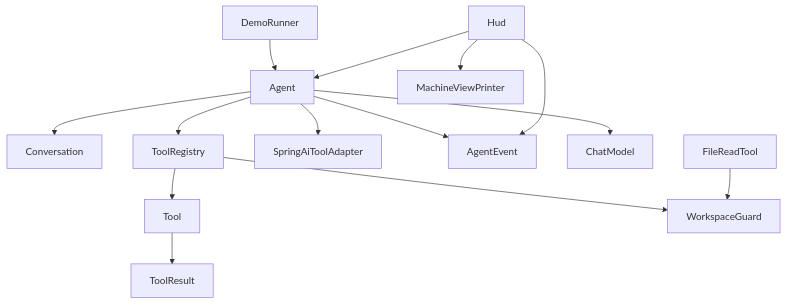
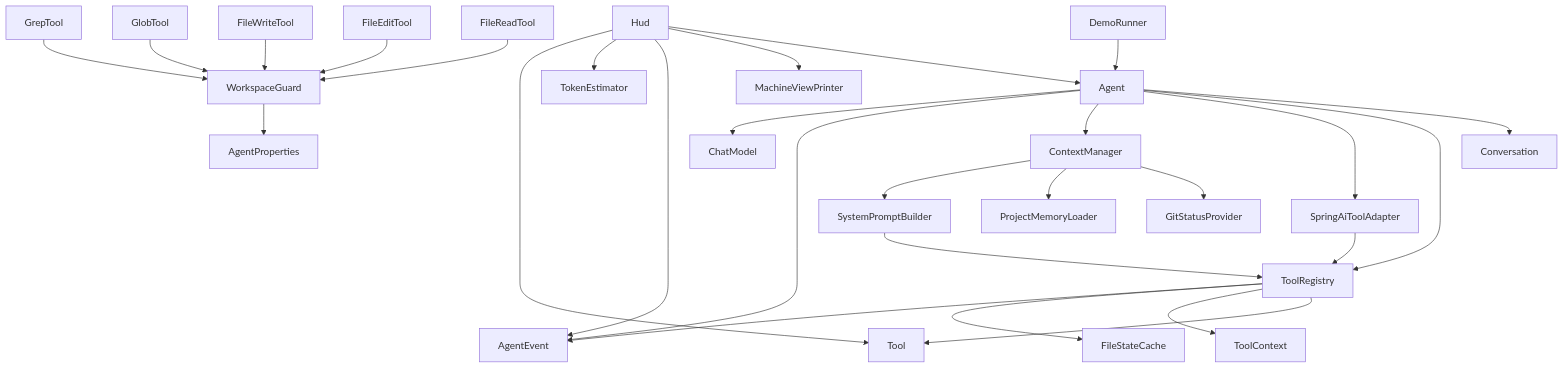
One commit to Terpsihoransk/ai-harness changed the diagram in AGENTS.md. Above: the diagram before and after it, drawn with Mermaid. The commit also changed other lines of this file, not shown here.

````diff
--- a/AGENTS.md
+++ b/AGENTS.md
@@ -89,16 +88,30 @@
 ```mermaid
 flowchart TD
     DemoRunner --> Agent
     Agent --> Conversation
     Agent --> ToolRegistry
     Agent --> SpringAiToolAdapter
+    Agent --> ContextManager
     Agent --> AgentEvent
     Agent --> ChatModel
+    ContextManager --> GitStatusProvider
+    ContextManager --> ProjectMemoryLoader
+    ContextManager --> SystemPromptBuilder
+    SystemPromptBuilder --> ToolRegistry
     ToolRegistry --> Tool
-    ToolRegistry --> WorkspaceGuard
+    ToolRegistry --> ToolContext
+    ToolRegistry --> FileStateCache
+    ToolRegistry --> AgentEvent
+    SpringAiToolAdapter --> ToolRegistry
     FileReadTool --> WorkspaceGuard
+    FileEditTool --> WorkspaceGuard
+    FileWriteTool --> WorkspaceGuard
+    GlobTool --> WorkspaceGuard
+    GrepTool --> WorkspaceGuard
+    WorkspaceGuard --> AgentProperties
     Hud --> Agent
     Hud --> MachineViewPrinter
     Hud --> AgentEvent
-    Tool --> ToolResult
+    Hud --> TokenEstimator
+    Hud --> Tool
 ```
````
